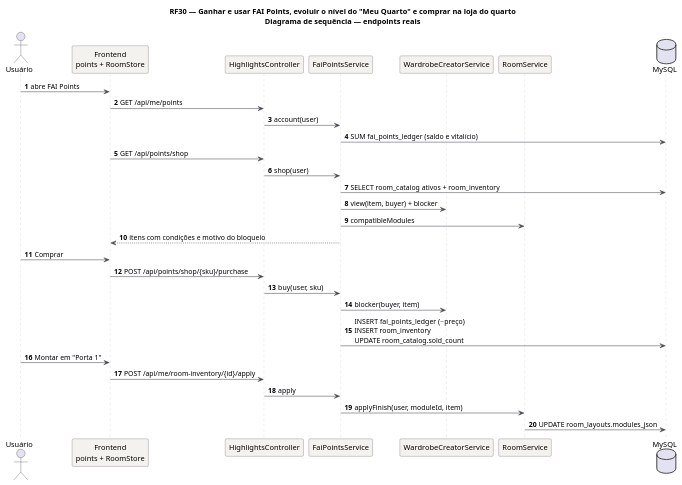
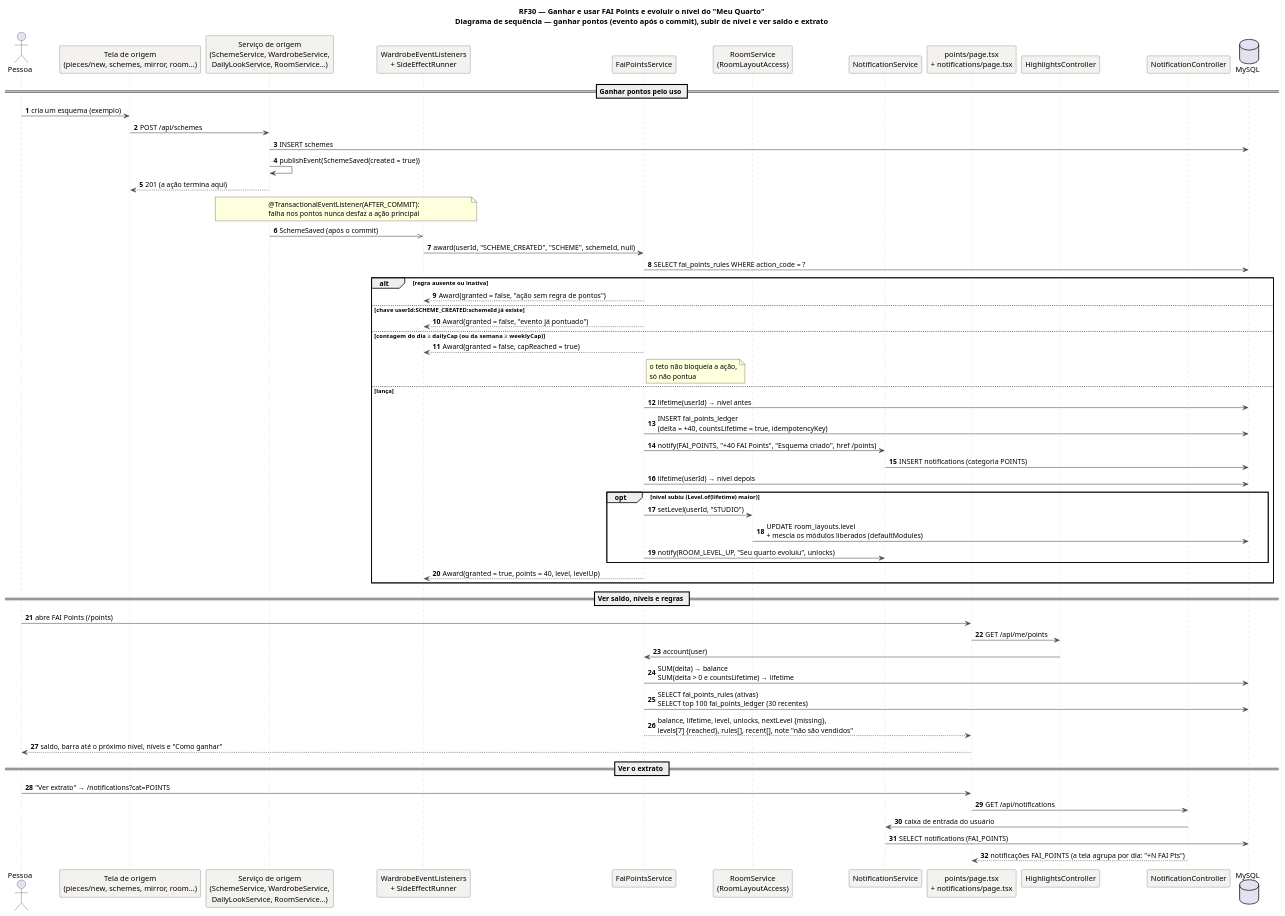
Before and after one commit to MatheusHaliski/tcc-2026-fashion-ai-backend: the diagram in docs/diagramas/RF30/RF30-sequencia.puml, drawn with PlantUML. The commit also changed 638 other files, not shown here.

First line of the commit message:
Diagramas UML: reescrita pelo código atual e realinhamento ao Trello (parte 2, checkpoint)

```diff
--- a/docs/diagramas/RF30/RF30-sequencia.puml
+++ b/docs/diagramas/RF30/RF30-sequencia.puml
@@ -1,38 +1,69 @@
 @startuml RF30_Sequencia
-title RF30 — Ganhar e usar FAI Points, evoluir o nível do "Meu Quarto" e comprar na loja do quarto\nDiagrama de sequência — endpoints reais
+title RF30 — Ganhar e usar FAI Points e evoluir o nível do "Meu Quarto"\nDiagrama de sequência — ganhar pontos (evento após o commit), subir de nível e ver saldo e extrato
 skinparam backgroundColor #FFFFFF
 skinparam sequence {
   ArrowColor #4A4852
   LifeLineBorderColor #CBC6BE
   ParticipantBackgroundColor #F4F2EF
   ParticipantBorderColor #4A4852
 }
 autonumber
-actor Usuário as U
-participant "Frontend\npoints + RoomStore" as FE
+actor "Pessoa" as U
+participant "Tela de origem\n(pieces/new, schemes, mirror, room…)" as FEO
+participant "Serviço de origem\n(SchemeService, WardrobeService,\nDailyLookService, RoomService…)" as ORIG
+participant "WardrobeEventListeners\n+ SideEffectRunner" as WEL
+participant "FaiPointsService" as P
+participant "RoomService\n(RoomLayoutAccess)" as R
+participant "NotificationService" as N
+participant "points/page.tsx\n+ notifications/page.tsx" as FE
 participant "HighlightsController" as C
-participant "FaiPointsService" as P
-participant "WardrobeCreatorService" as W
-participant "RoomService" as R
+participant "NotificationController" as NC
 database "MySQL" as DB
-U -> FE: abre FAI Points
+
+== Ganhar pontos pelo uso ==
+U -> FEO: cria um esquema (exemplo)
+FEO -> ORIG: POST /api/schemes
+ORIG -> DB: INSERT schemes
+ORIG -> ORIG: publishEvent(SchemeSaved(created = true))
+ORIG --> FEO: 201 (a ação termina aqui)
+note over ORIG, WEL: @TransactionalEventListener(AFTER_COMMIT):\nfalha nos pontos nunca desfaz a ação principal
+ORIG ->> WEL: SchemeSaved (após o commit)
+WEL -> P: award(userId, "SCHEME_CREATED", "SCHEME", schemeId, null)
+P -> DB: SELECT fai_points_rules WHERE action_code = ?
+alt regra ausente ou inativa
+  P --> WEL: Award(granted = false, "ação sem regra de pontos")
+else chave userId:SCHEME_CREATED:schemeId já existe
+  P --> WEL: Award(granted = false, "evento já pontuado")
+else contagem do dia ≥ dailyCap (ou da semana ≥ weeklyCap)
+  P --> WEL: Award(granted = false, capReached = true)
+  note right of P: o teto não bloqueia a ação,\nsó não pontua
+else lança
+  P -> DB: lifetime(userId) → nível antes
+  P -> DB: INSERT fai_points_ledger\n(delta = +40, countsLifetime = true, idempotencyKey)
+  P -> N: notify(FAI_POINTS, "+40 FAI Points", "Esquema criado", href /points)
+  N -> DB: INSERT notifications (categoria POINTS)
+  P -> DB: lifetime(userId) → nível depois
+  opt nível subiu (Level.of(lifetime) maior)
+    P -> R: setLevel(userId, "STUDIO")
+    R -> DB: UPDATE room_layouts.level\n+ mescla os módulos liberados (defaultModules)
+    P -> N: notify(ROOM_LEVEL_UP, "Seu quarto evoluiu", unlocks)
+  end
+  P --> WEL: Award(granted = true, points = 40, level, levelUp)
+end
+
+== Ver saldo, níveis e regras ==
+U -> FE: abre FAI Points (/points)
 FE -> C: GET /api/me/points
 C -> P: account(user)
-P -> DB: SUM fai_points_ledger (saldo e vitalício)
-FE -> C: GET /api/points/shop
-C -> P: shop(user)
-P -> DB: SELECT room_catalog ativos + room_inventory
-P -> W: view(item, buyer) + blocker
-P -> R: compatibleModules
-P --> FE: itens com condições e motivo do bloqueio
-U -> FE: Comprar
-FE -> C: POST /api/points/shop/{sku}/purchase
-C -> P: buy(user, sku)
-P -> W: blocker(buyer, item)
-P -> DB: INSERT fai_points_ledger (−preço)\nINSERT room_inventory\nUPDATE room_catalog.sold_count
-U -> FE: Montar em "Porta 1"
-FE -> C: POST /api/me/room-inventory/{id}/apply
-C -> P: apply
-P -> R: applyFinish(user, moduleId, item)
-R -> DB: UPDATE room_layouts.modules_json
+P -> DB: SUM(delta) → balance\nSUM(delta > 0 e countsLifetime) → lifetime
+P -> DB: SELECT fai_points_rules (ativas)\nSELECT top 100 fai_points_ledger (30 recentes)
+P --> FE: balance, lifetime, level, unlocks, nextLevel {missing},\nlevels[7] {reached}, rules[], recent[], note "não são vendidos"
+FE --> U: saldo, barra até o próximo nível, níveis e "Como ganhar"
+
+== Ver o extrato ==
+U -> FE: "Ver extrato" → /notifications?cat=POINTS
+FE -> NC: GET /api/notifications
+NC -> N: caixa de entrada do usuário
+N -> DB: SELECT notifications (FAI_POINTS)
+NC --> FE: notificações FAI_POINTS (a tela agrupa por dia: "+N FAI Pts")
 @enduml
```
